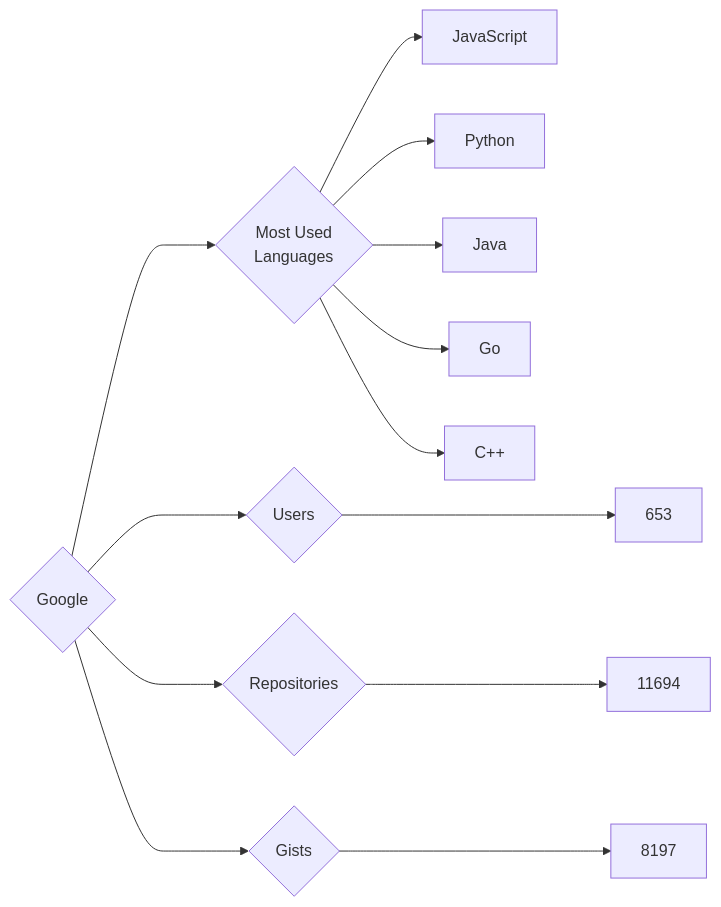
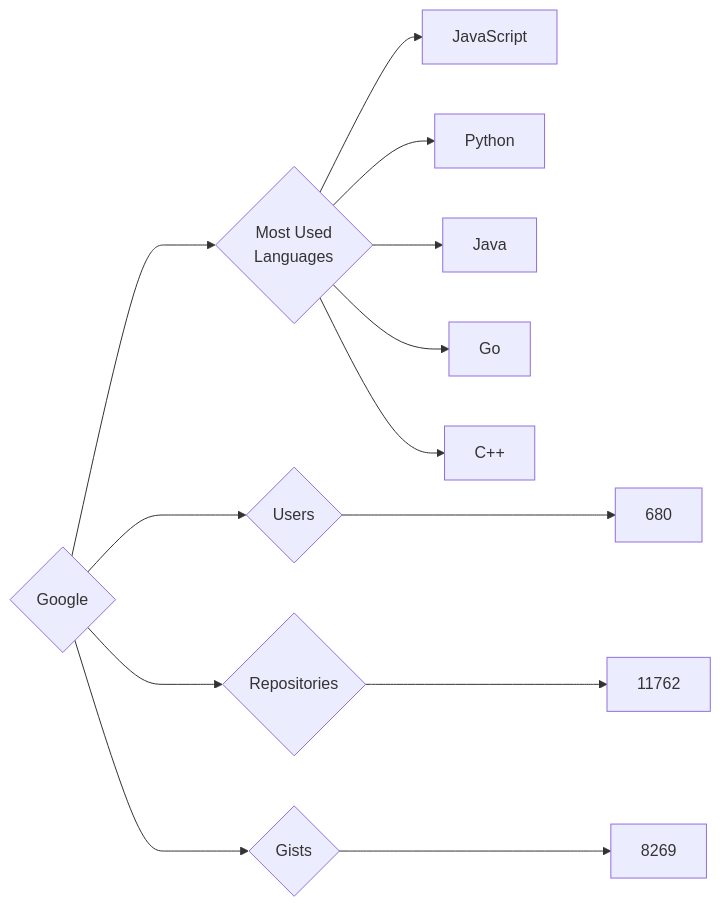
The diagram in targets/Google/README.md (trickest/insiders), drawn with Mermaid before and after one commit. The commit also changed 845 other files, not shown here.

````diff
--- a/targets/Google/README.md
+++ b/targets/Google/README.md
@@ -3,13 +3,13 @@
 ```mermaid
 graph LR
 COMPANY_NAME{Google}
-COMPANY_NAME ---> U{Users} ---> UN[653]
-COMPANY_NAME ---> R{Repositories} ---> RN[11694]
-COMPANY_NAME ---> G{Gists} ---> GN[8197]
+COMPANY_NAME ---> U{Users} ---> UN[680]
+COMPANY_NAME ---> R{Repositories} ---> RN[11762]
+COMPANY_NAME ---> G{Gists} ---> GN[8269]
 COMPANY_NAME ---> ML{Most Used<br>Languages}
 ML --> JavaScript[JavaScript]
 ML --> Python[Python]
 ML --> Java[Java]
 ML --> Go[Go]
 ML --> C++[C++]
 ```
````
